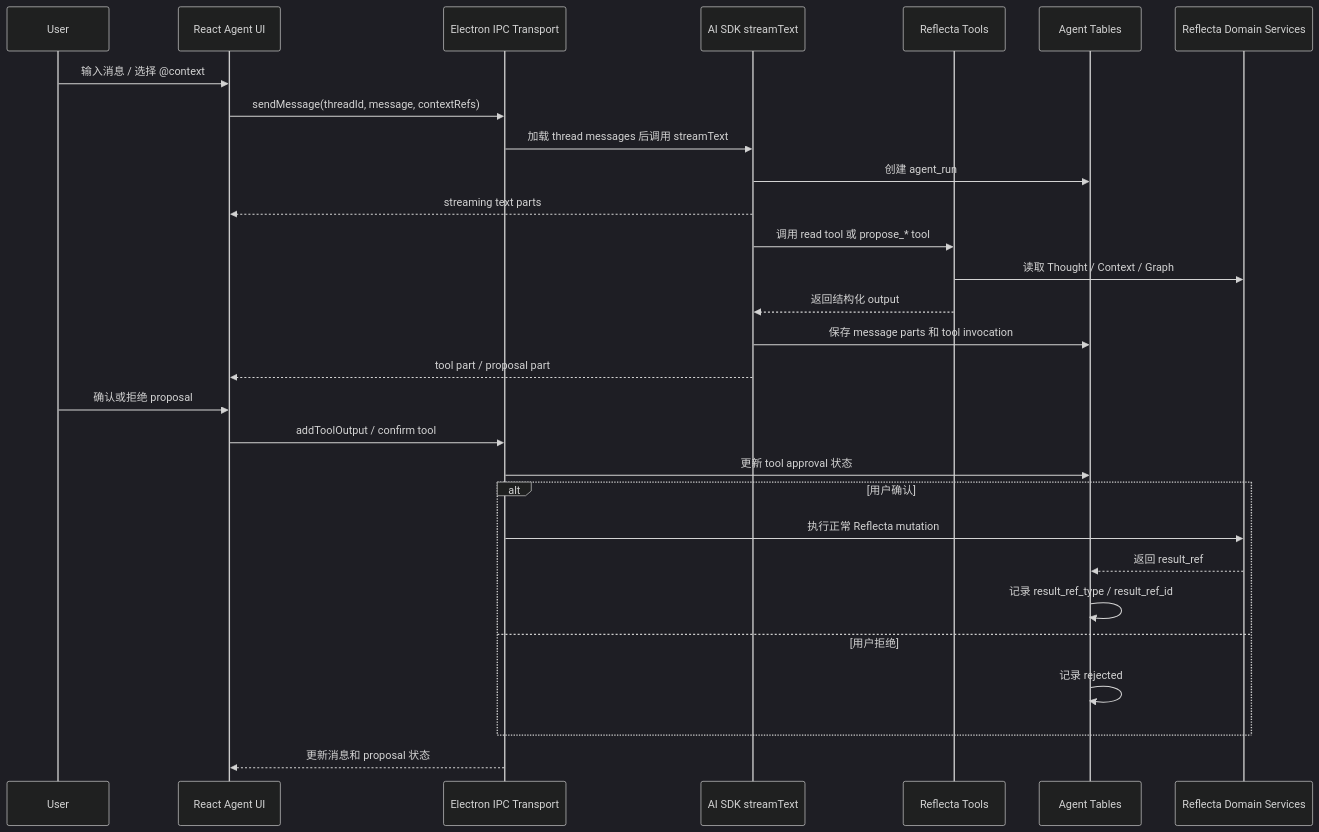
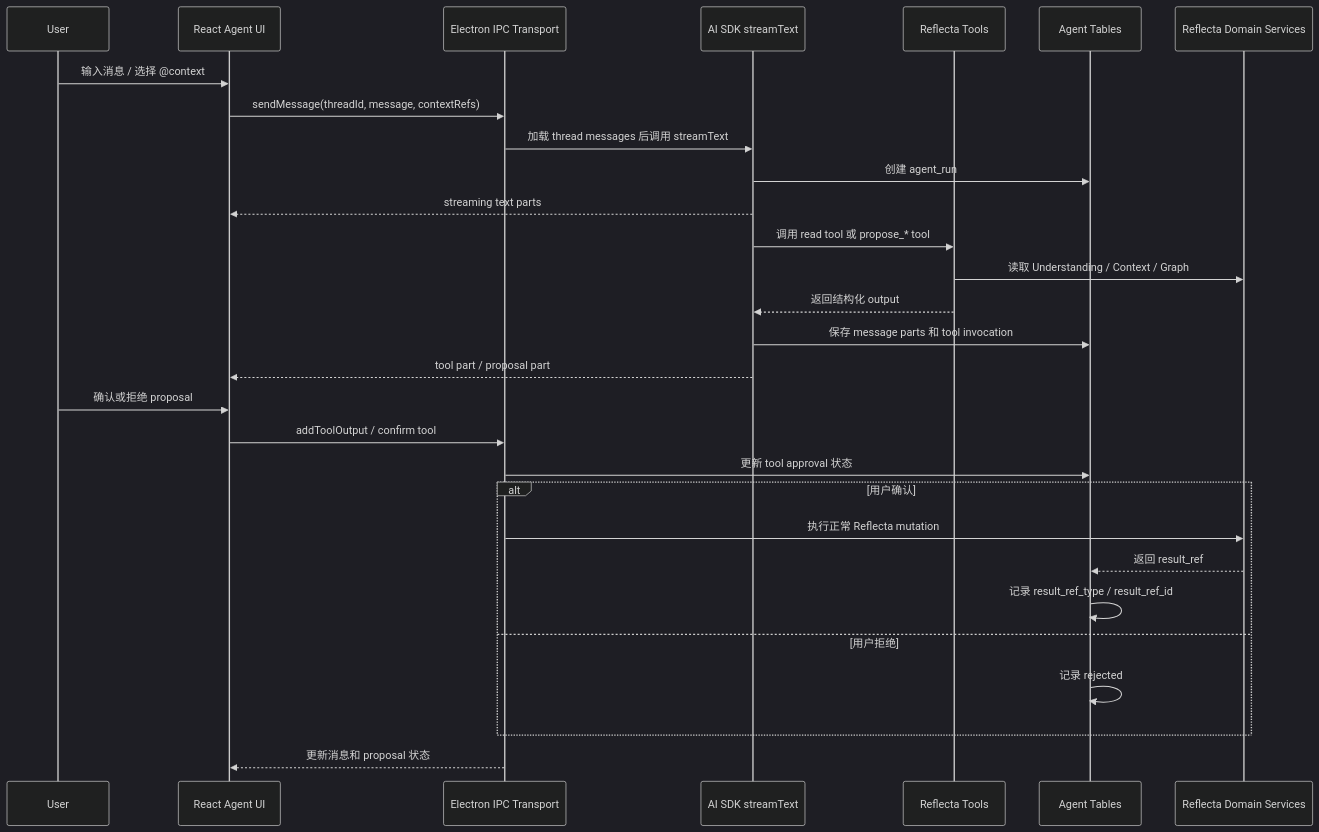
Before and after one commit to Floribunda1/reflecta: the fourth of 4 diagrams in docs/iterations/v1.0.0/product/agent-tech-selection.md, drawn with Mermaid (dark theme). The commit also changed other lines of this file and 26 other files, not shown here.

````diff
--- a/docs/iterations/v1.0.0/product/agent-tech-selection.md
+++ b/docs/iterations/v1.0.0/product/agent-tech-selection.md
@@ -270,32 +270,32 @@
 ```mermaid
 sequenceDiagram
   participant User as User
   participant UI as React Agent UI
   participant IPC as Electron IPC Transport
   participant Agent as AI SDK streamText
   participant Tools as Reflecta Tools
   participant Store as Agent Tables
   participant Domain as Reflecta Domain Services
 
   User->>UI: 输入消息 / 选择 @context
   UI->>IPC: sendMessage(threadId, message, contextRefs)
   IPC->>Agent: 加载 thread messages 后调用 streamText
   Agent->>Store: 创建 agent_run
   Agent-->>UI: streaming text parts
   Agent->>Tools: 调用 read tool 或 propose_* tool
-  Tools->>Domain: 读取 Thought / Context / Graph
+  Tools->>Domain: 读取 Understanding / Context / Graph
   Tools-->>Agent: 返回结构化 output
   Agent->>Store: 保存 message parts 和 tool invocation
   Agent-->>UI: tool part / proposal part
   User->>UI: 确认或拒绝 proposal
   UI->>IPC: addToolOutput / confirm tool
   IPC->>Store: 更新 tool approval 状态
   alt 用户确认
     IPC->>Domain: 执行正常 Reflecta mutation
     Domain-->>Store: 返回 result_ref
     Store->>Store: 记录 result_ref_type / result_ref_id
   else 用户拒绝
     Store->>Store: 记录 rejected
   end
   IPC-->>UI: 更新消息和 proposal 状态
 ```
````
